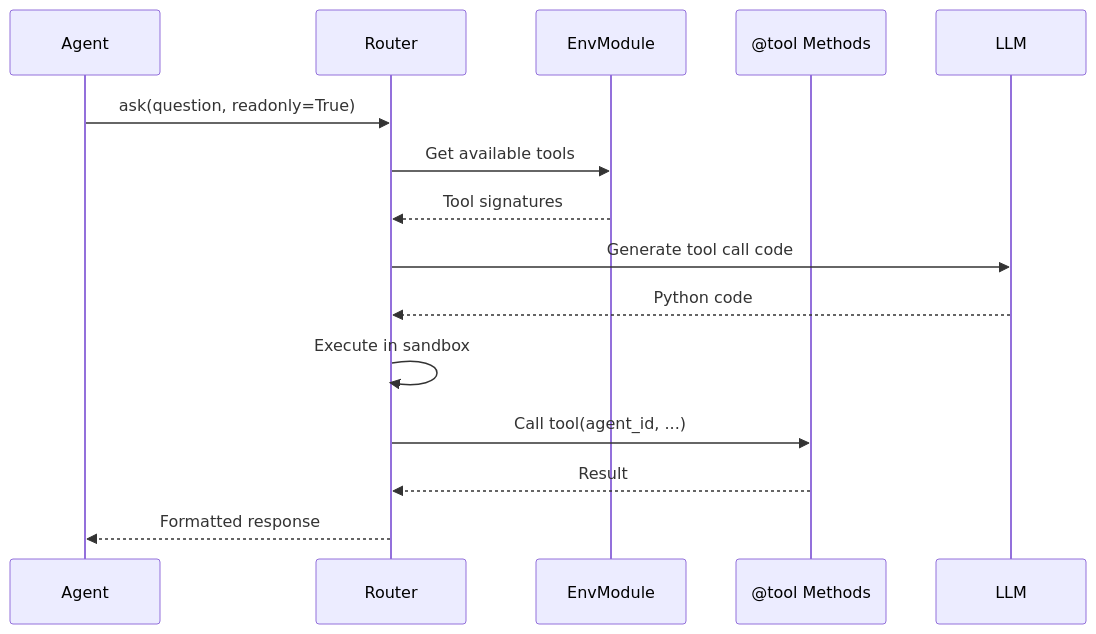
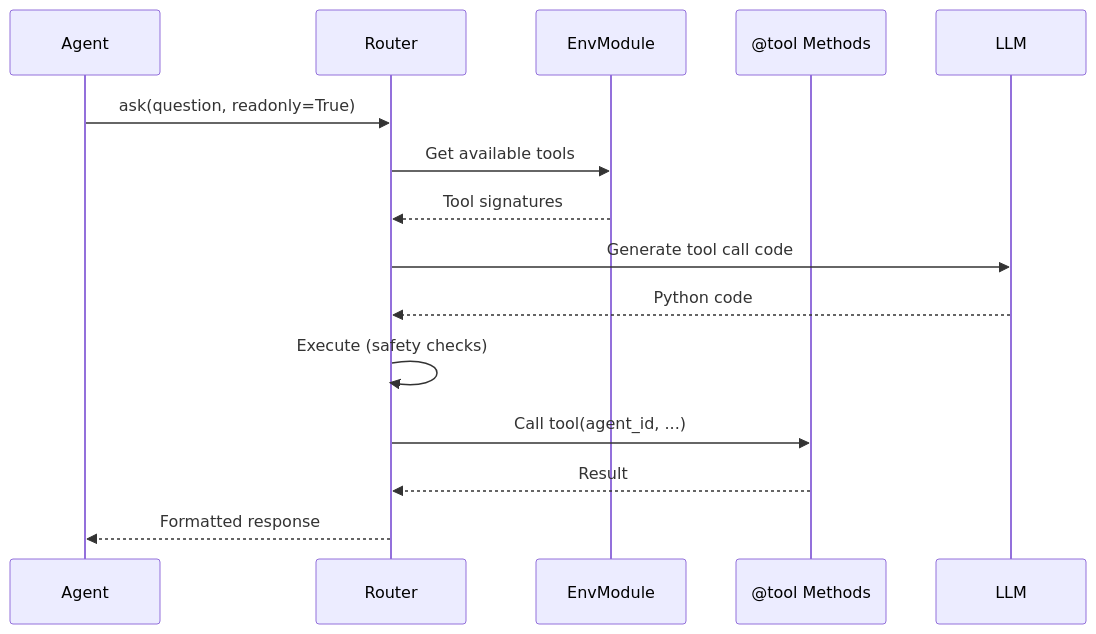
One commit to jadraketx/AgentSociety changed the third of 6 diagrams in CLAUDE.md. Above: the diagram before and after it, drawn with Mermaid. The commit also changed other lines of this file and 10 other files, not shown here.

````diff
--- a/CLAUDE.md
+++ b/CLAUDE.md
@@ -393,18 +402,18 @@
 ```mermaid
 sequenceDiagram
     participant A as Agent
     participant R as Router
     participant E as EnvModule
     participant T as @tool Methods
     participant L as LLM
 
     A->>R: ask(question, readonly=True)
     R->>E: Get available tools
     E-->>R: Tool signatures
     R->>L: Generate tool call code
     L-->>R: Python code
-    R->>R: Execute in sandbox
+    R->>R: Execute (safety checks)
     R->>T: Call tool(agent_id, ...)
     T-->>R: Result
     R-->>A: Formatted response
 ```
````
